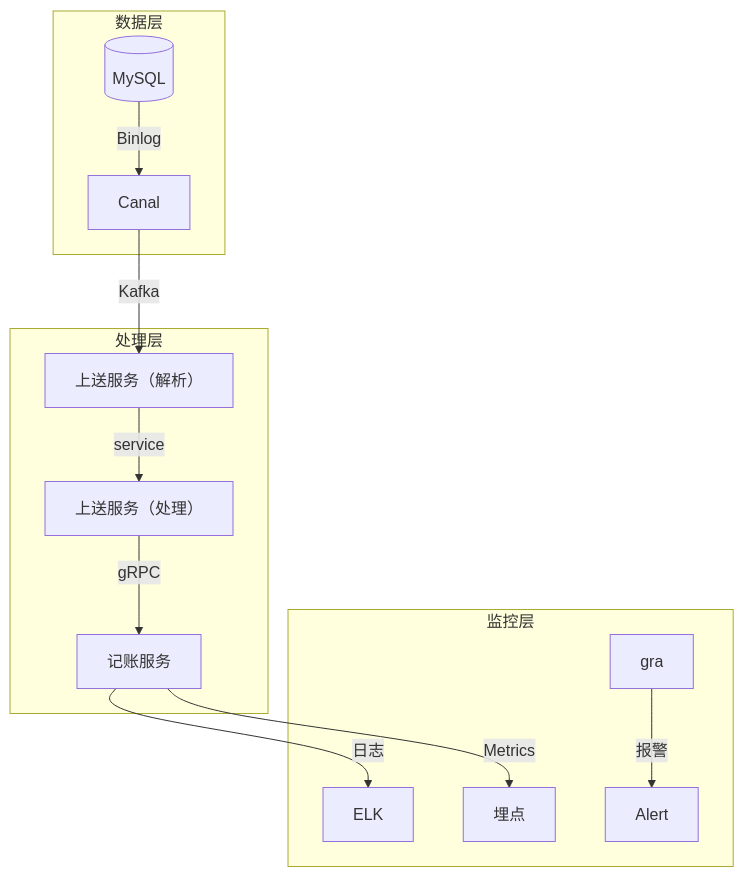
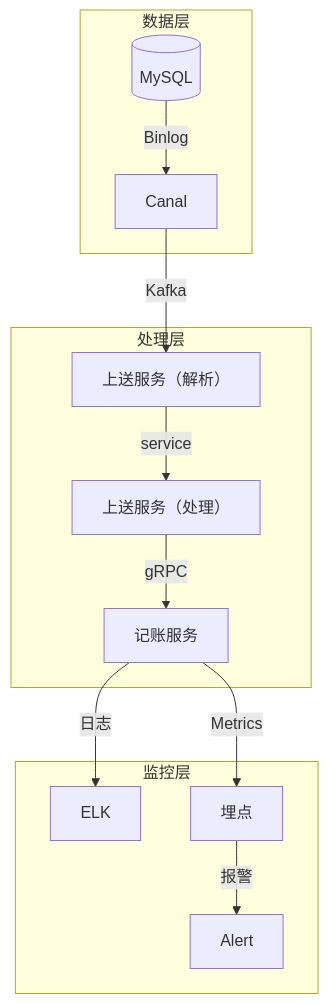
One commit to 87828943/iodraw-files changed the diagram in all/未命名.md. Above: the diagram before and after it, drawn with Mermaid.

Commit message:
2025-07-01 10:42:34 update

````diff
--- a/all/未命名.md
+++ b/all/未命名.md
@@ -1,16 +1,16 @@
 ```mermaid
 graph TB
     subgraph 数据层
         DB[(MySQL)] -->|Binlog| Canal
     end
     subgraph 处理层
         Canal -->|Kafka| Parser[上送服务（解析）]
         Parser -->|service| Engine[上送服务（处理）]
         Engine -->|gRPC| Accounting[记账服务]
     end
     subgraph 监控层
         Accounting -->|日志| ELK
         Accounting -->|Metrics| 埋点
-        gra -->|报警| Alert
+        埋点 -->|报警| Alert
     end
 ```
````
